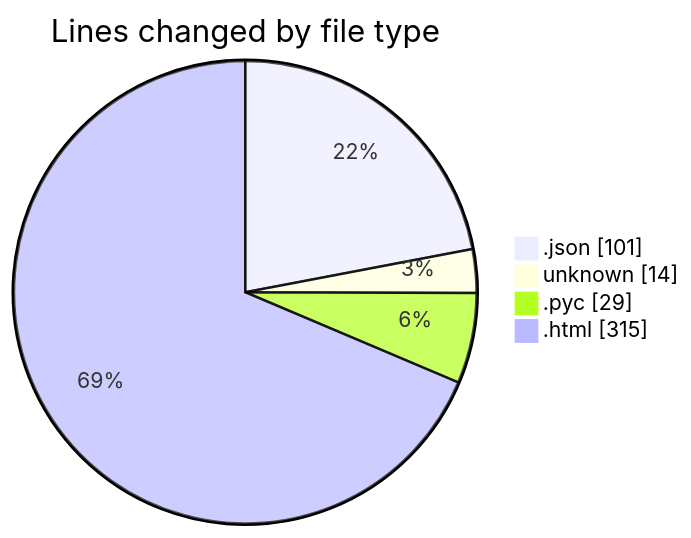
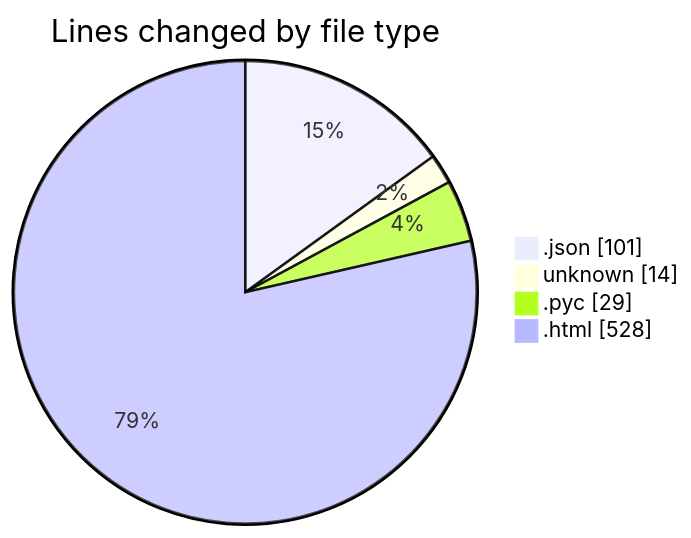
Before and after one commit to Elitesun/code-tracking: the first of 2 diagrams in 2025-04-23/heypy/README.md, drawn with Mermaid. The commit also changed other lines of this file and 1 other file, not shown here.

````diff
--- a/2025-04-23/heypy/README.md
+++ b/2025-04-23/heypy/README.md
@@ -23,8 +24,8 @@
 ```mermaid
 pie showData
 title Lines changed by file type
 ".json" : 101
 "unknown" : 14
 ".pyc" : 29
-".html" : 315
+".html" : 528
 ```
````
